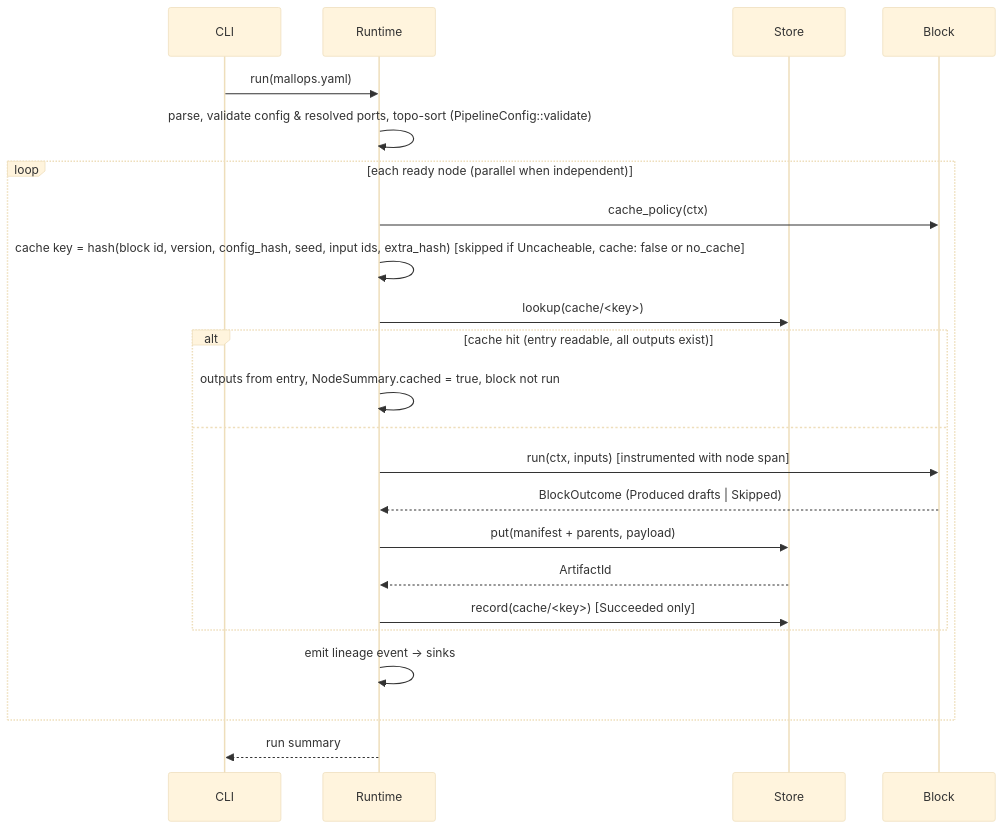
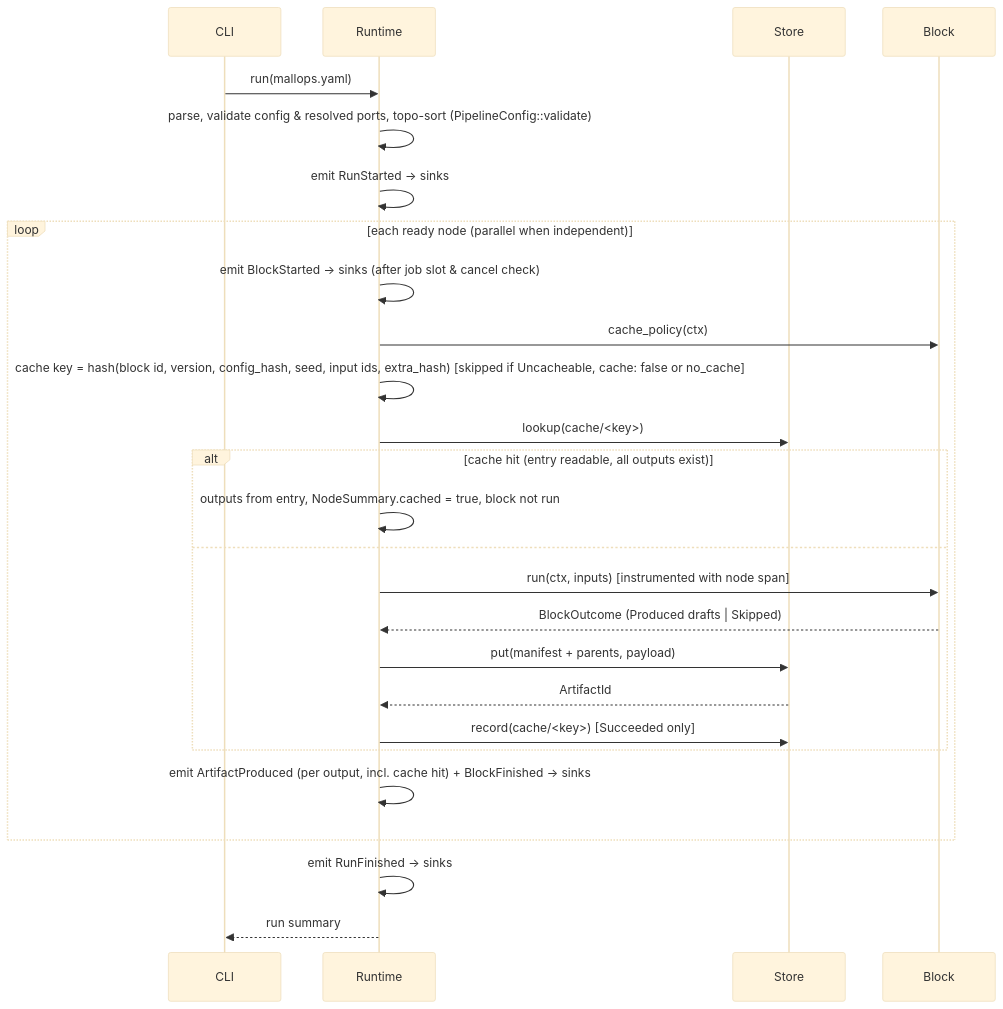
The second of 5 diagrams in docs/ARCHITECTURE.md (bighands2304/mallops), drawn with Mermaid (base theme) before and after one commit. The commit also changed other lines of this file and 6 other files, not shown here.

First line of the commit message:
feat(core): lineage events and JsonSink (#9) (#43)

````diff
--- a/docs/ARCHITECTURE.md
+++ b/docs/ARCHITECTURE.md
@@ -198,25 +203,28 @@
 ```mermaid
 sequenceDiagram
     participant CLI
     participant Core as Runtime
     participant Store
     participant B as Block
     CLI->>Core: run(mallops.yaml)
     Core->>Core: parse, validate config & resolved ports, topo-sort (PipelineConfig::validate)
+    Core->>Core: emit RunStarted → sinks
     loop each ready node (parallel when independent)
+        Core->>Core: emit BlockStarted → sinks (after job slot & cancel check)
         Core->>B: cache_policy(ctx)
         Core->>Core: cache key = hash(block id, version, config_hash, seed, input ids, extra_hash) [skipped if Uncacheable, cache: false or no_cache]
         Core->>Store: lookup(cache/<key>)
         alt cache hit (entry readable, all outputs exist)
             Core->>Core: outputs from entry, NodeSummary.cached = true, block not run
         else
             Core->>B: run(ctx, inputs) [instrumented with node span]
             B-->>Core: BlockOutcome (Produced drafts | Skipped)
             Core->>Store: put(manifest + parents, payload)
             Store-->>Core: ArtifactId
             Core->>Store: record(cache/<key>) [Succeeded only]
         end
-        Core->>Core: emit lineage event → sinks
+        Core->>Core: emit ArtifactProduced (per output, incl. cache hit) + BlockFinished → sinks
     end
+    Core->>Core: emit RunFinished → sinks
     Core-->>CLI: run summary
 ```
````
